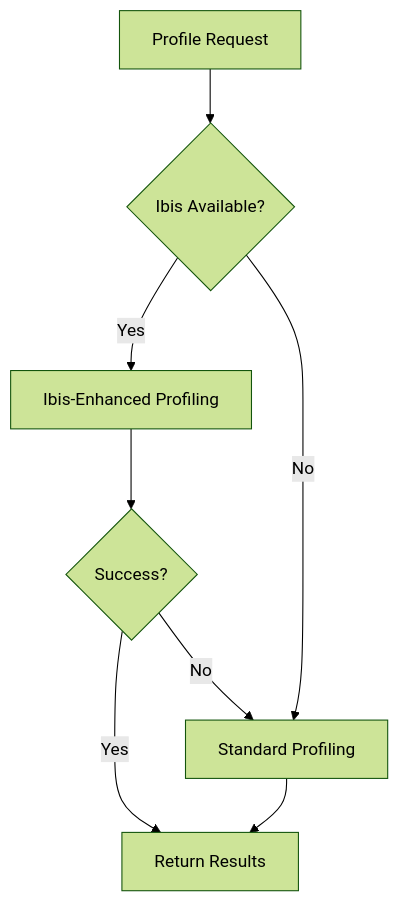
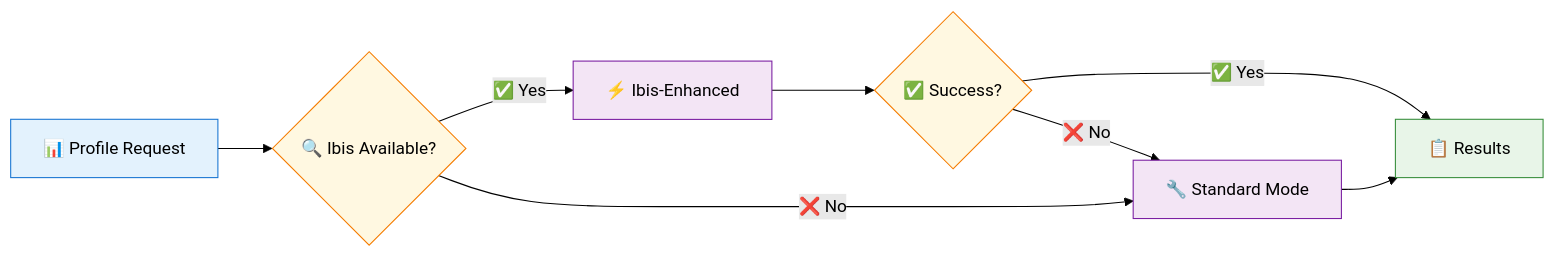
One commit to project-ryoma/ryoma changed the diagram in docs/source/architecture/database-profiling.md. Above: the diagram before and after it, drawn with Mermaid (forest theme). The commit also changed other lines of this file and 32 other files, not shown here.

````diff
--- a/docs/source/architecture/database-profiling.md
+++ b/docs/source/architecture/database-profiling.md
@@ -42,10 +37,20 @@
 ```mermaid
-graph TD
-    A[Profile Request] --> B{Ibis Available?}
-    B -->|Yes| C[Ibis-Enhanced Profiling]
-    B -->|No| D[Standard Profiling]
-    C --> E{Success?}
-    E -->|Yes| F[Return Results]
-    E -->|No| D
+graph LR
+    A[📊 Profile Request] --> B{🔍 Ibis Available?}
+    B -->|✅ Yes| C[⚡ Ibis-Enhanced]
+    B -->|❌ No| D[🔧 Standard Mode]
+    C --> E{✅ Success?}
+    E -->|✅ Yes| F[📋 Results]
+    E -->|❌ No| D
     D --> F
+
+    classDef request fill:#e3f2fd,stroke:#1976d2
+    classDef decision fill:#fff8e1,stroke:#f57c00
+    classDef process fill:#f3e5f5,stroke:#7b1fa2
+    classDef result fill:#e8f5e8,stroke:#388e3c
+
+    class A request
+    class B,E decision
+    class C,D process
+    class F result
 ```
````
